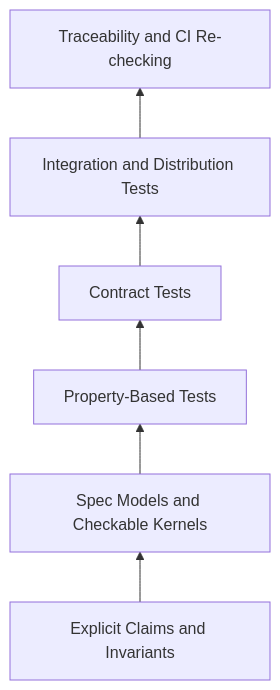
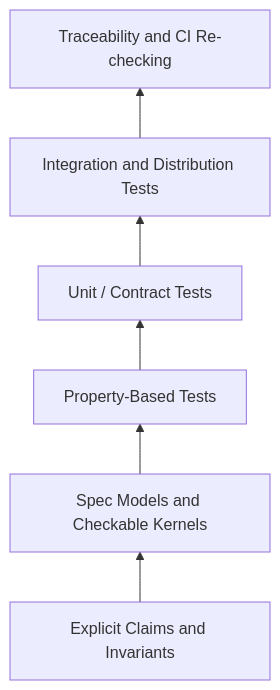
Diagram 15 of 15 in docs/design12.md (ohpauleez/devbox), drawn with Mermaid before and after one commit. The commit also changed other lines of this file and 1 other file, not shown here.

````diff
--- a/docs/design12.md
+++ b/docs/design12.md
@@ -1196,8 +1191,8 @@
 ```mermaid
 graph BT
     Claims[Explicit Claims and Invariants] --> Models[Spec Models and Checkable Kernels]
     Models --> PBT[Property-Based Tests]
-    PBT --> CT[Contract Tests]
+    PBT --> CT[Unit / Contract Tests]
     CT --> IT[Integration and Distribution Tests]
     IT --> Trace[Traceability and CI Re-checking]
 ```
````
